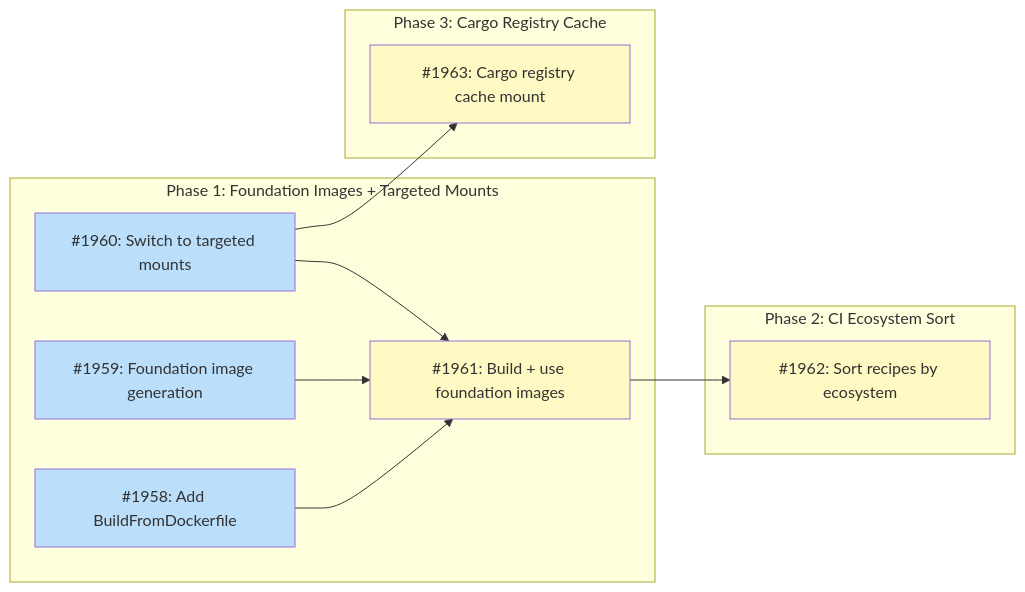
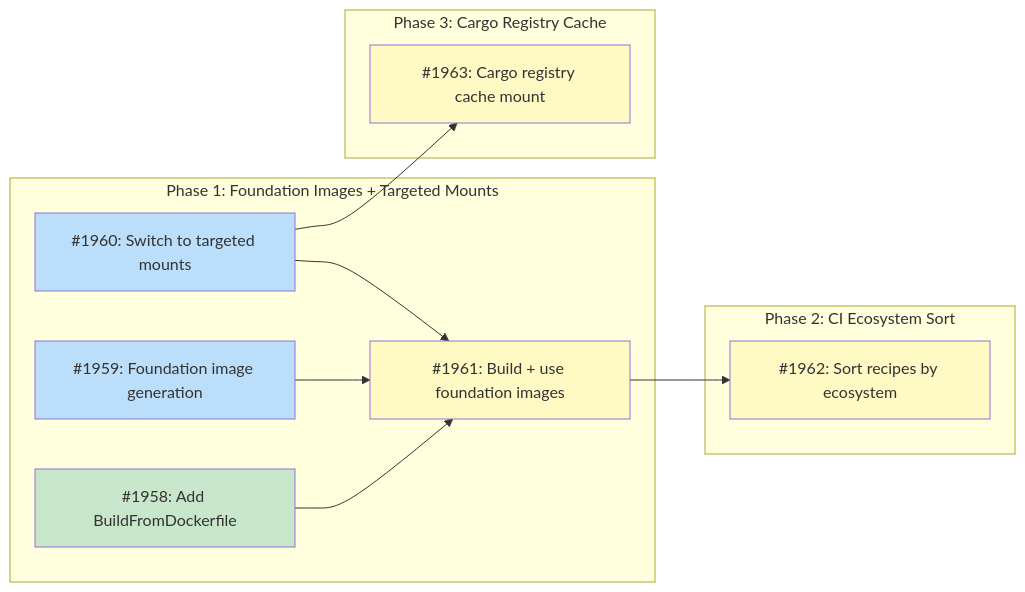
Before and after one commit to tsukumogami/tsuku: the diagram in docs/designs/DESIGN-sandbox-build-cache.md, drawn with Mermaid. The commit also changed other lines of this file, not shown here.

Commit message:
docs: mark #1958 as done in design doc

````diff
--- a/docs/designs/DESIGN-sandbox-build-cache.md
+++ b/docs/designs/DESIGN-sandbox-build-cache.md
@@ -54,32 +54,33 @@
 ```mermaid
 graph LR
     subgraph Phase1["Phase 1: Foundation Images + Targeted Mounts"]
         I1958["#1958: Add BuildFromDockerfile"]
         I1959["#1959: Foundation image generation"]
         I1960["#1960: Switch to targeted mounts"]
         I1961["#1961: Build + use foundation images"]
     end
 
     subgraph Phase2["Phase 2: CI Ecosystem Sort"]
         I1962["#1962: Sort recipes by ecosystem"]
     end
 
     subgraph Phase3["Phase 3: Cargo Registry Cache"]
         I1963["#1963: Cargo registry cache mount"]
     end
 
     I1958 --> I1961
     I1959 --> I1961
     I1960 --> I1961
     I1961 --> I1962
     I1960 --> I1963
 
     classDef done fill:#c8e6c9
     classDef ready fill:#bbdefb
     classDef blocked fill:#fff9c4
     classDef needsDesign fill:#e1bee7
     classDef tracksDesign fill:#FFE0B2,stroke:#F57C00,color:#000
 
-    class I1958,I1959,I1960 ready
+    class I1958 done
+    class I1959,I1960 ready
     class I1961,I1962,I1963 blocked
 ```
````
